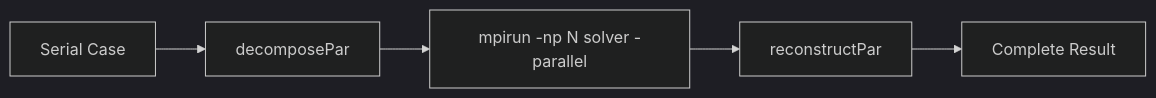
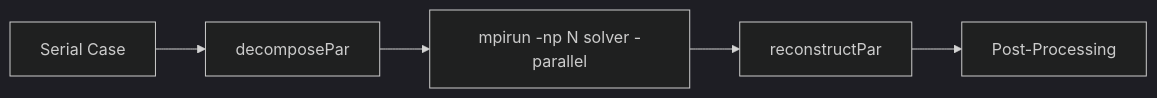
Before and after one commit to wramet/build-my-cfd: the fourth of 4 diagrams in MODULE_03_SINGLE_PHASE_FLOW/CONTENT/07_ADVANCED_TOPICS/01_High_Performance_Computing.md, drawn with Mermaid (dark theme). The commit also changed other lines of this file and 297 other files, not shown here.

Commit message:
Add explanation under mermaid diagram

````diff
--- a/MODULE_03_SINGLE_PHASE_FLOW/CONTENT/07_ADVANCED_TOPICS/01_High_Performance_Computing.md
+++ b/MODULE_03_SINGLE_PHASE_FLOW/CONTENT/07_ADVANCED_TOPICS/01_High_Performance_Computing.md
@@ -36,7 +405,7 @@
 ```mermaid
-graph LR
+flowchart LR
     A[Serial Case] --> B[decomposePar]
     B --> C[mpirun -np N solver -parallel]
     C --> D[reconstructPar]
-    D --> E[Complete Result]
+    D --> E[Post-Processing]
 ```
````
